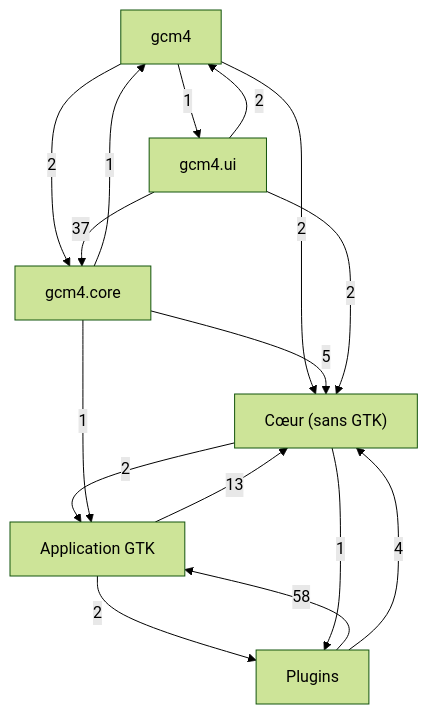
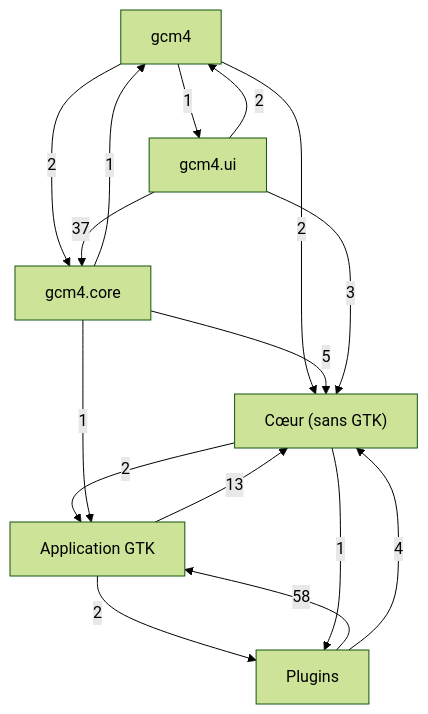
Before and after one commit to Mathide-Team/Gcm4: the first of 7 diagrams in docs/class-diagram.md, drawn with Mermaid (forest theme). The commit also changed other lines of this file and 66 other files, not shown here.

````diff
--- a/docs/class-diagram.md
+++ b/docs/class-diagram.md
@@ -21,24 +21,24 @@
 ```mermaid
 flowchart TD
     g0["Cœur (sans GTK)"]
     g1["Application GTK"]
     g2["Plugins"]
     g3["gcm4"]
     g4["gcm4.core"]
     g5["gcm4.ui"]
     g1 -->|13| g0
     g1 -->|2| g2
     g0 -->|2| g1
     g0 -->|1| g2
     g2 -->|58| g1
     g2 -->|4| g0
     g3 -->|2| g0
     g3 -->|2| g4
     g3 -->|1| g5
     g4 -->|1| g1
     g4 -->|5| g0
     g4 -->|1| g3
-    g5 -->|2| g0
+    g5 -->|3| g0
     g5 -->|2| g3
     g5 -->|37| g4
 ```
````
